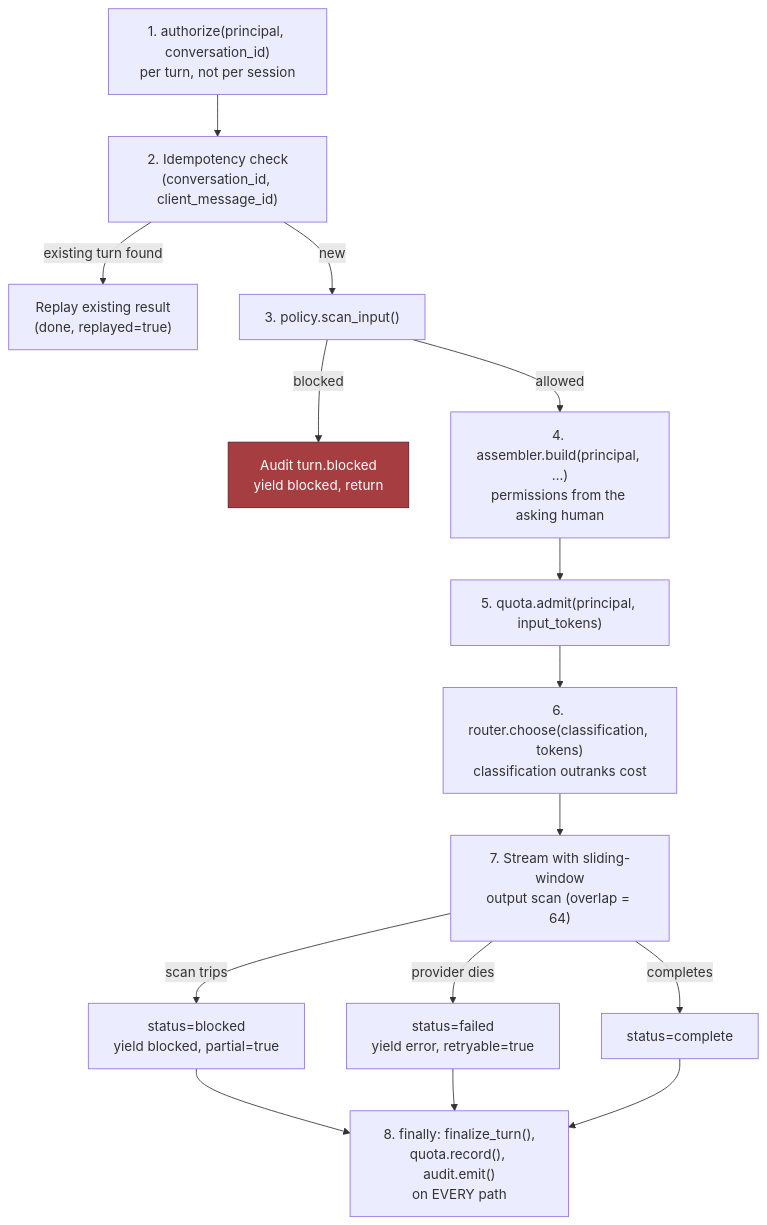
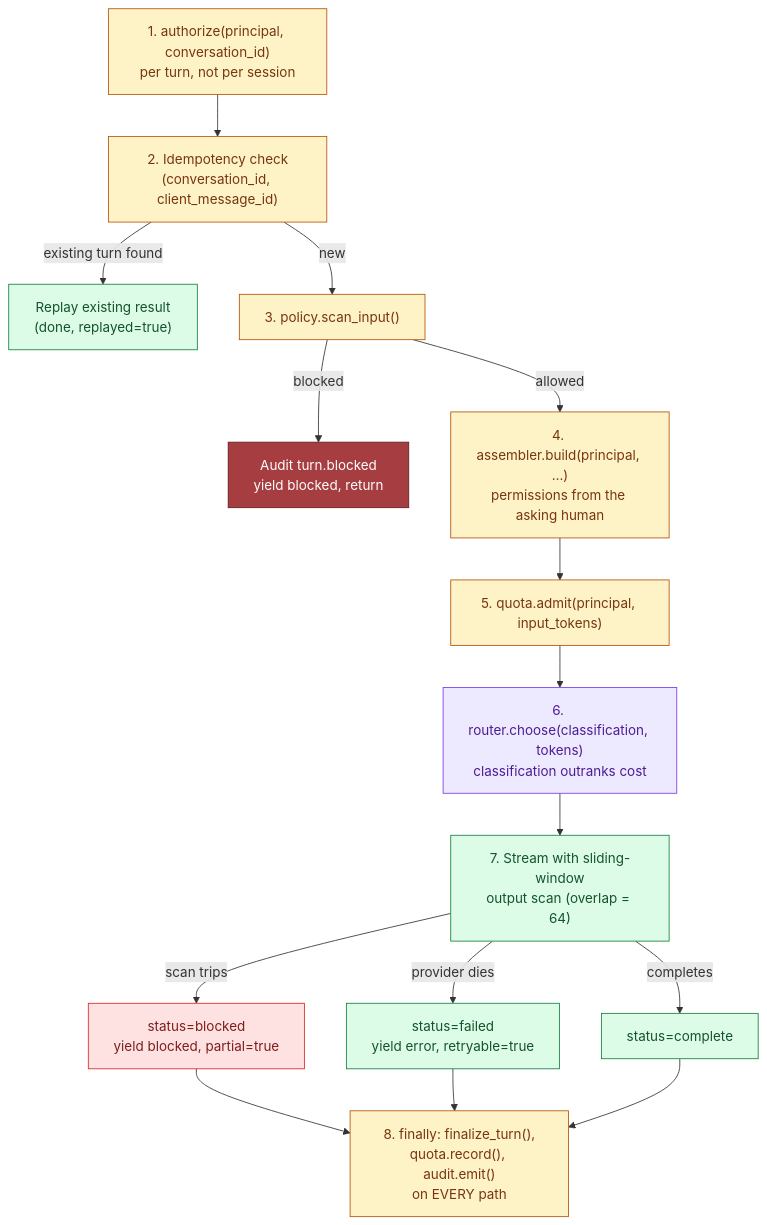
The first of 5 diagrams in 02_System_Design_Case_Studies/Standalone_Designs/26_Enterprise_Chatbot_Platform/3_Tutorial/26_Tutorial_Part_3.md (Sourav692/Forward-Deployed-Engineer-Interview-Prep), drawn with Mermaid before and after one commit. The commit also changed other lines of this file and 1268 other files, not shown here.

First line of the commit message:
content: polish Casebook writing and Mermaid diagrams (#251)

````diff
--- a/02_System_Design_Case_Studies/Standalone_Designs/26_Enterprise_Chatbot_Platform/3_Tutorial/26_Tutorial_Part_3.md
+++ b/02_System_Design_Case_Studies/Standalone_Designs/26_Enterprise_Chatbot_Platform/3_Tutorial/26_Tutorial_Part_3.md
@@ -34,18 +34,28 @@
 ```mermaid
 flowchart TD
     A["1. authorize(principal, conversation_id)\nper turn, not per session"] --> B["2. Idempotency check\n(conversation_id, client_message_id)"]
     B -->|"existing turn found"| B1["Replay existing result\n(done, replayed=true)"]
     B -->|"new"| C["3. policy.scan_input()"]
     C -->|"blocked"| C1["Audit turn.blocked\nyield blocked, return"]
     C -->|"allowed"| D["4. assembler.build(principal, …)\npermissions from the asking human"]
     D --> E["5. quota.admit(principal, input_tokens)"]
     E --> F["6. router.choose(classification, tokens)\nclassification outranks cost"]
     F --> G["7. Stream with sliding-window\noutput scan (overlap = 64)"]
     G -->|"scan trips"| G1["status=blocked\nyield blocked, partial=true"]
     G -->|"provider dies"| G2["status=failed\nyield error, retryable=true"]
     G -->|"completes"| G3["status=complete"]
     G1 --> H["8. finally: finalize_turn(),\nquota.record(), audit.emit()\non EVERY path"]
     G2 --> H
     G3 --> H
     style C1 fill:#a63d40,stroke:#5c1f22,color:#fff
+
+    %% Casebook colours: entry, reasoning, results, controls, and stopped paths.
+    classDef cbPolicy fill:#fef3c7,stroke:#b45309,color:#78350f
+    class A,B,C,D,E,H cbPolicy
+    classDef cbAction fill:#dcfce7,stroke:#15803d,color:#14532d
+    class B1,G,G2,G3 cbAction
+    classDef cbStop fill:#fee2e2,stroke:#dc2626,color:#7f1d1d
+    class C1,G1 cbStop
+    classDef cbReason fill:#ede9fe,stroke:#7c3aed,color:#4c1d95
+    class F cbReason
 ```
````
